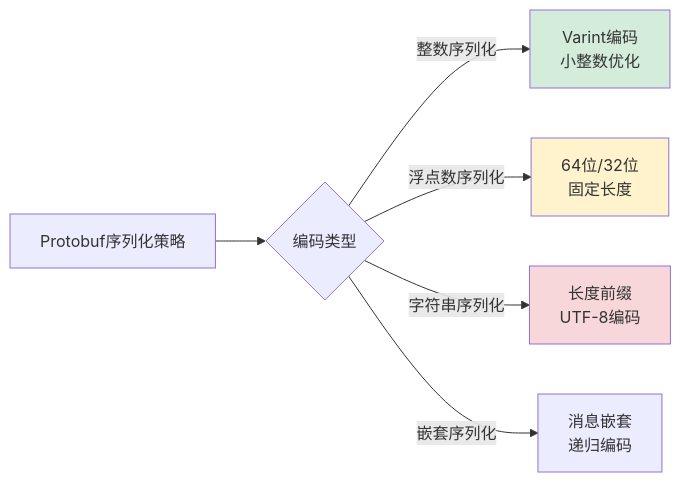
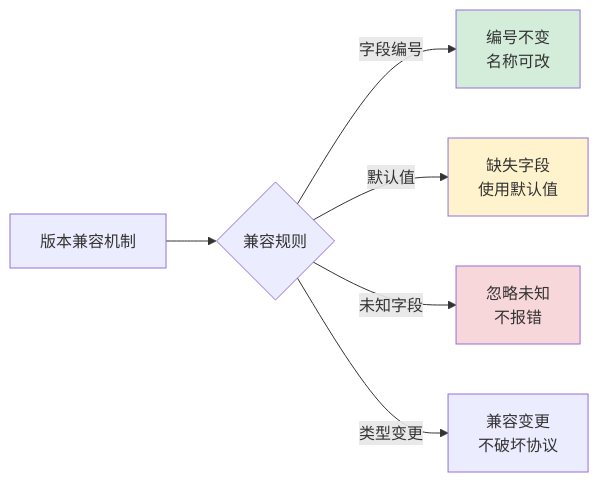
One commit to chongyang211/YCBookBlog changed diagram 17 of 25 in 00.通用技术的提升/02.程序编程原理/05.序列化数据的思想.md. Above: the diagram before and after it, drawn with Mermaid. The commit also changed other lines of this file and 17 other files, not shown here.

````diff
--- a/00.通用技术的提升/02.程序编程原理/05.序列化数据的思想.md
+++ b/00.通用技术的提升/02.程序编程原理/05.序列化数据的思想.md
@@ -795,12 +740,12 @@
 ```mermaid
 graph LR
-    A[Protobuf序列化策略] --> B{编码类型}
-    B -->|整数序列化| C[Varint编码<br/>小整数优化]
-    B -->|浮点数序列化| D[64位/32位<br/>固定长度]
-    B -->|字符串序列化| E[长度前缀<br/>UTF-8编码]
-    B -->|嵌套序列化| F[消息嵌套<br/>递归编码]
+    A[版本兼容机制] --> B{兼容规则}
+    B -->|字段编号| C[编号不变<br/>名称可改]
+    B -->|默认值| D[缺失字段<br/>使用默认值]
+    B -->|未知字段| E[忽略未知<br/>不报错]
+    B -->|类型变更| F[兼容变更<br/>不破坏协议]
     
     style C fill:#d4edda
     style D fill:#fff3cd
     style E fill:#f8d7da
 ```
````
